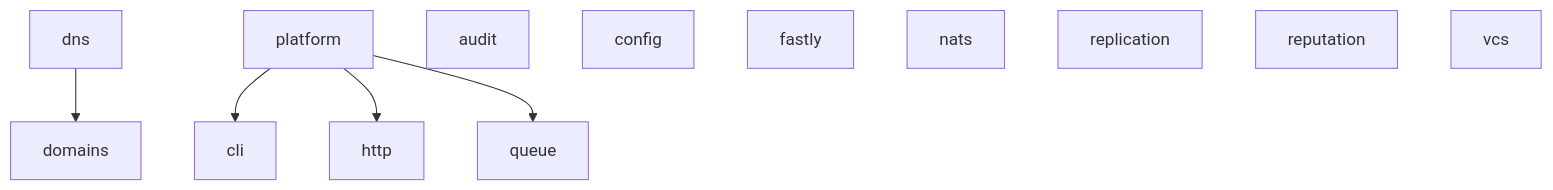
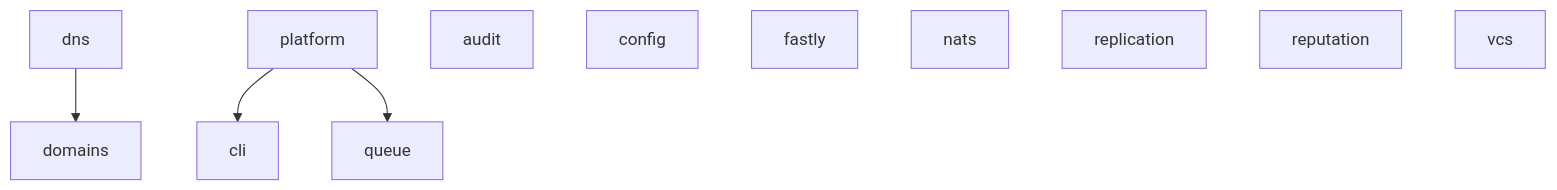
One commit to utopia-php/monorepo changed the diagram in README.md. Above: the diagram before and after it, drawn with Mermaid. The commit also changed other lines of this file and 64 other files, not shown here.

````diff
--- a/README.md
+++ b/README.md
@@ -52,14 +52,13 @@
 ```mermaid
 graph TD
     dns --> domains
     platform --> cli
-    platform --> http
     platform --> queue
     audit
     config
     fastly
     nats
     replication
     reputation
     vcs
 ```
````
